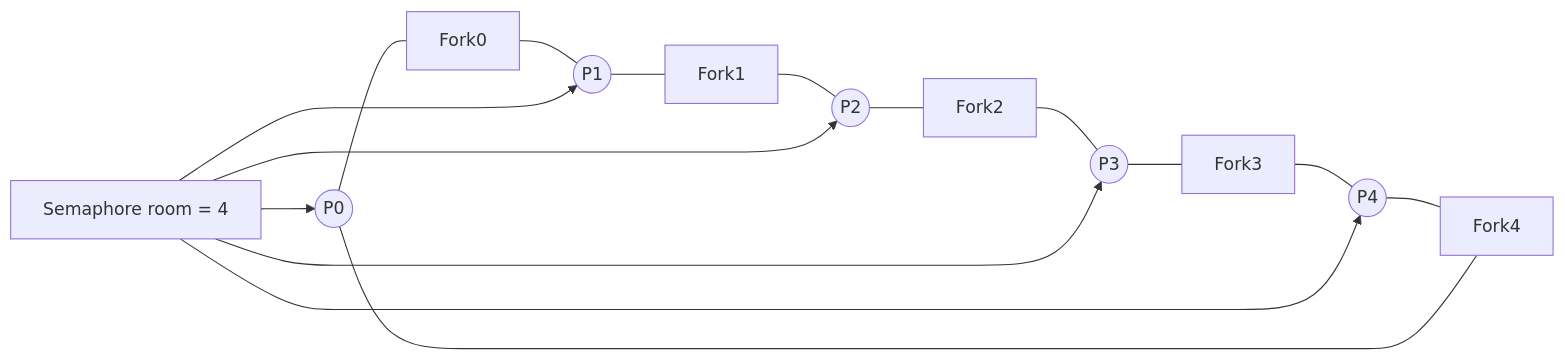
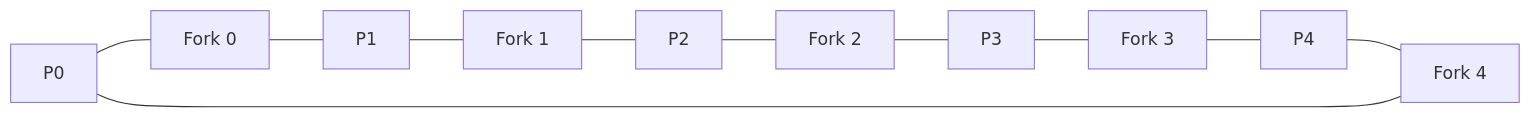
The tenth of 29 diagrams in HLD_NOTES/003_TECHNOLOGY_DEEP_DIVE/core-java/java_concurrency_visual_reference.md (mthaiseer/springcloud-systemdesign-notes), drawn with Mermaid before and after one commit. The commit also changed other lines of this file, not shown here.

````diff
--- a/HLD_NOTES/003_TECHNOLOGY_DEEP_DIVE/core-java/java_concurrency_visual_reference.md
+++ b/HLD_NOTES/003_TECHNOLOGY_DEEP_DIVE/core-java/java_concurrency_visual_reference.md
@@ -543,9 +568,13 @@
 ```mermaid
 flowchart LR
-    P0((P0)) --- F0[Fork0] --- P1((P1)) --- F1[Fork1] --- P2((P2)) --- F2[Fork2] --- P3((P3)) --- F3[Fork3] --- P4((P4)) --- F4[Fork4] --- P0
-    ROOM[Semaphore room = 4] --> P0
-    ROOM --> P1
-    ROOM --> P2
-    ROOM --> P3
-    ROOM --> P4
+    P0[P0] --- F0[Fork 0]
+    F0 --- P1[P1]
+    P1 --- F1[Fork 1]
+    F1 --- P2[P2]
+    P2 --- F2[Fork 2]
+    F2 --- P3[P3]
+    P3 --- F3[Fork 3]
+    F3 --- P4[P4]
+    P4 --- F4[Fork 4]
+    F4 --- P0
 ```
````
